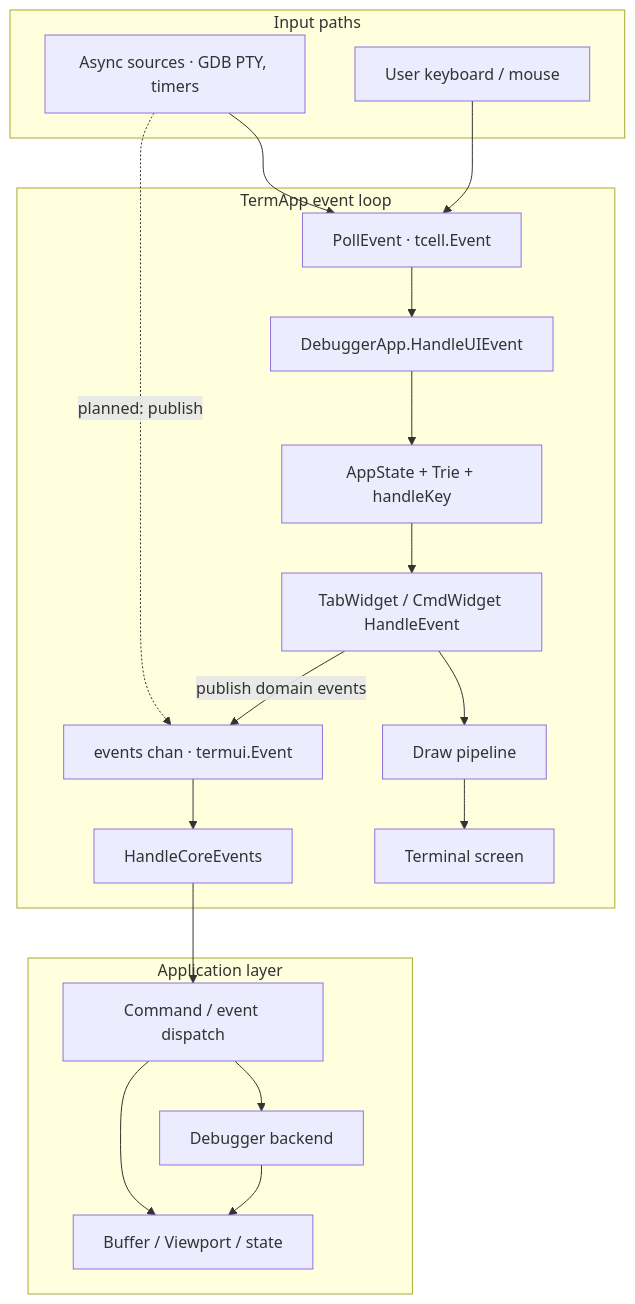
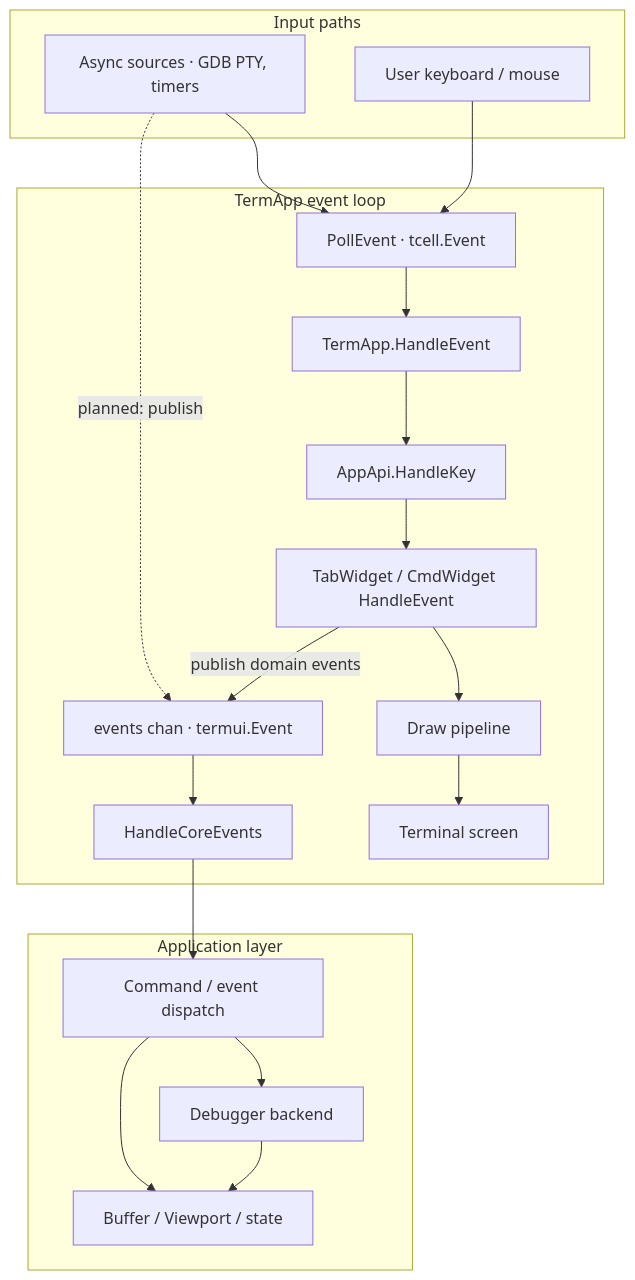
The fifth of 7 diagrams in docs/ARCHITECTURE.md (yairgd/gdbforge), drawn with Mermaid before and after one commit. The commit also changed other lines of this file and 11 other files, not shown here.

````diff
--- a/docs/ARCHITECTURE.md
+++ b/docs/ARCHITECTURE.md
@@ -163,37 +164,37 @@
 ```mermaid
 flowchart TB
     subgraph Input["Input paths"]
         User["User keyboard / mouse"]
         Async["Async sources · GDB PTY, timers"]
     end
 
     subgraph TermApp["TermApp event loop"]
         Poll["PollEvent · tcell.Event"]
         Bus["events chan · termui.Event"]
-        UIHandler["DebuggerApp.HandleUIEvent"]
-        ModeRouter["AppState + Trie + handleKey"]
+        TermHandler["TermApp.HandleEvent"]
+        HandleKey["AppApi.HandleKey"]
         Widgets["TabWidget / CmdWidget HandleEvent"]
         CoreHub["HandleCoreEvents"]
         Draw["Draw pipeline"]
         Screen["Terminal screen"]
     end
 
     subgraph App["Application layer"]
         Dispatch["Command / event dispatch"]
         Debugger["Debugger backend"]
         Model["Buffer / Viewport / state"]
     end
 
     User --> Poll
     Async --> Poll
-    Poll --> UIHandler
-    UIHandler --> ModeRouter --> Widgets
+    Poll --> TermHandler
+    TermHandler --> HandleKey --> Widgets
     Widgets -->|"publish domain events"| Bus
     Async -.->|"planned: publish"| Bus
     Bus --> CoreHub --> Dispatch
     Dispatch --> Debugger
     Debugger --> Model
     Dispatch --> Model
     Widgets --> Draw
     Draw --> Screen
 ```
````
